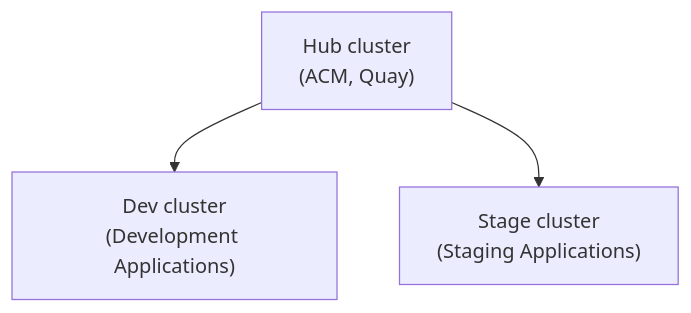
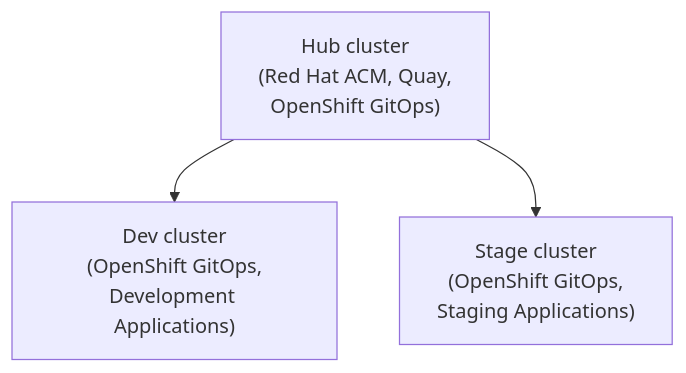
Before and after one commit to hello-world-gitops/.github: the first of 3 diagrams in profile/README.md, drawn with Mermaid.

Commit message:
Add OpenShift GitOps to cluster diagram

````diff
--- a/profile/README.md
+++ b/profile/README.md
@@ -20,5 +20,5 @@
 ```mermaid
 graph TD
-        Hub["Hub cluster<br />(ACM, Quay)"] --> Dev["Dev cluster<br />(Development Applications)"]
-        Hub --> Stage["Stage cluster<br />(Staging Applications)"]
+        Hub["Hub cluster<br />(Red Hat ACM, Quay,<br />OpenShift GitOps)"] --> Dev["Dev cluster<br />(OpenShift GitOps,<br />Development Applications)"]
+        Hub --> Stage["Stage cluster<br />(OpenShift GitOps,<br />Staging Applications)"]
 ```
````
